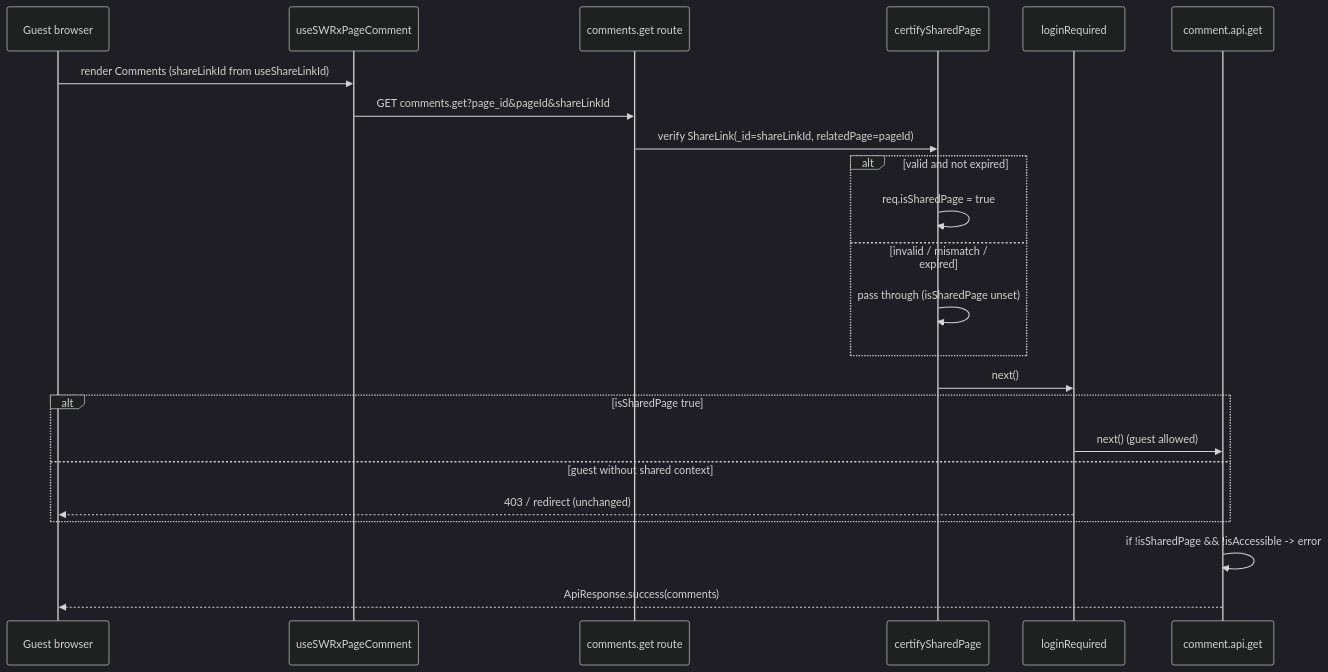
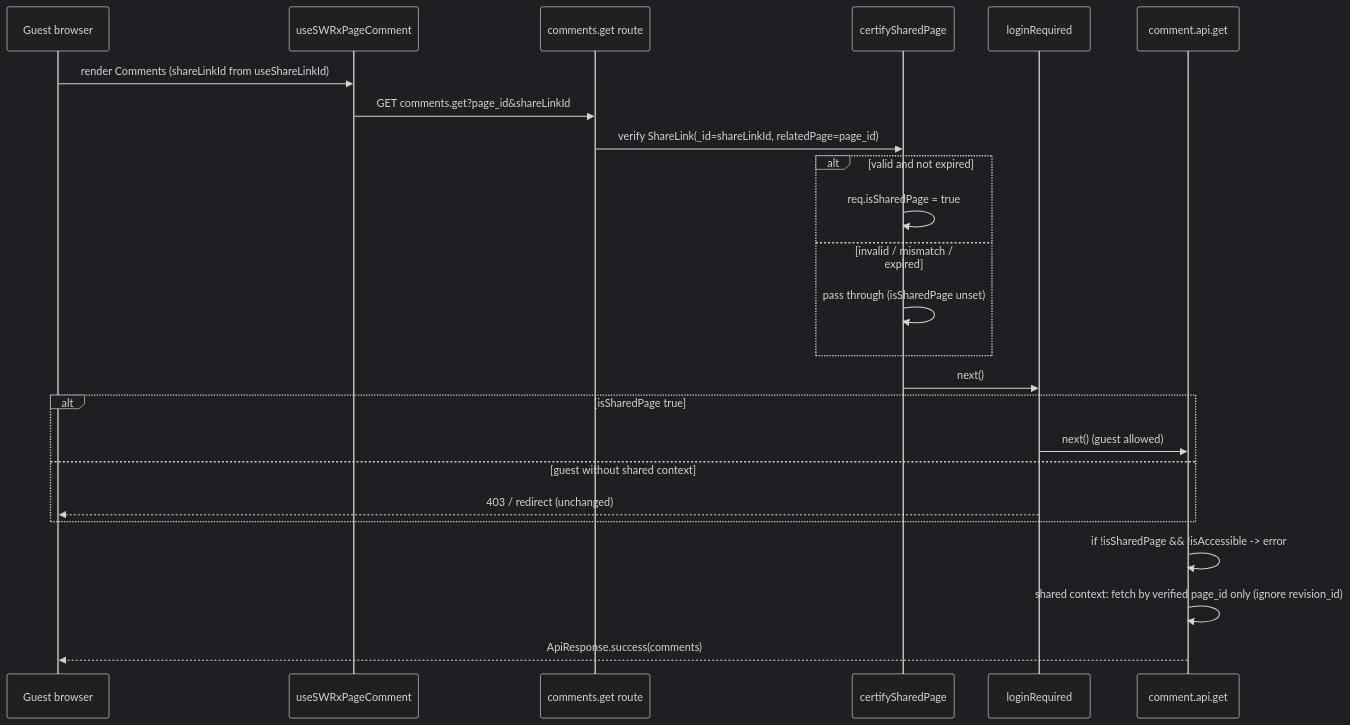
The second of 2 diagrams in .kiro/specs/share-link-comments/design.md (growilabs/growi), drawn with Mermaid (dark theme) before and after one commit. The commit also changed other lines of this file and 3 other files, not shown here.

First line of the commit message:
docs(share-link-comments): redesign Task 3 authz to single-ID to close IDOR

````diff
--- a/.kiro/specs/share-link-comments/design.md
+++ b/.kiro/specs/share-link-comments/design.md
@@ -139,25 +153,26 @@
 ```mermaid
 sequenceDiagram
     participant Guest as Guest browser
     participant Hook as useSWRxPageComment
     participant Route as comments.get route
     participant Certify as certifySharedPage
     participant Login as loginRequired
     participant Handler as comment.api.get
     Guest->>Hook: render Comments (shareLinkId from useShareLinkId)
-    Hook->>Route: GET comments.get?page_id&pageId&shareLinkId
-    Route->>Certify: verify ShareLink(_id=shareLinkId, relatedPage=pageId)
+    Hook->>Route: GET comments.get?page_id&shareLinkId
+    Route->>Certify: verify ShareLink(_id=shareLinkId, relatedPage=page_id)
     alt valid and not expired
         Certify->>Certify: req.isSharedPage = true
     else invalid / mismatch / expired
         Certify->>Certify: pass through (isSharedPage unset)
     end
     Certify->>Login: next()
     alt isSharedPage true
         Login->>Handler: next() (guest allowed)
     else guest without shared context
         Login-->>Guest: 403 / redirect (unchanged)
     end
     Handler->>Handler: if !isSharedPage && !isAccessible -> error
+    Handler->>Handler: shared context: fetch by verified page_id only (ignore revision_id)
     Handler-->>Guest: ApiResponse.success(comments)
 ```
````
